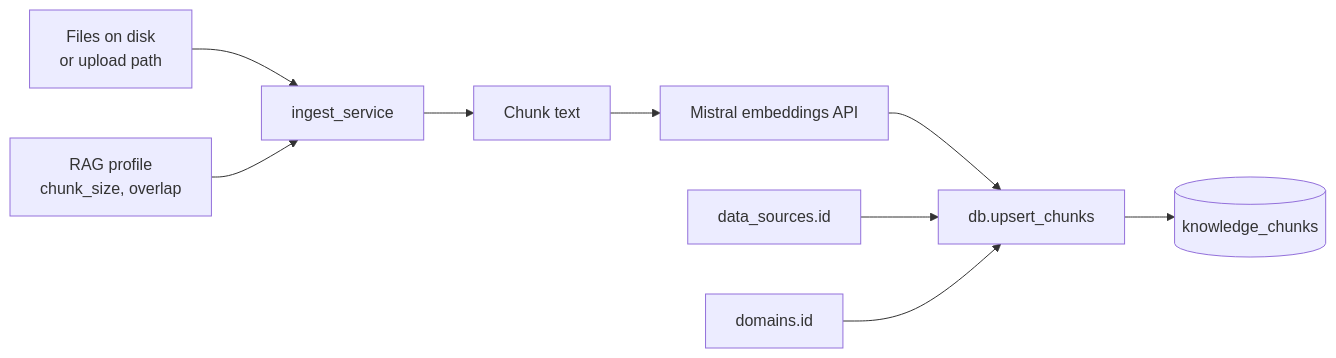
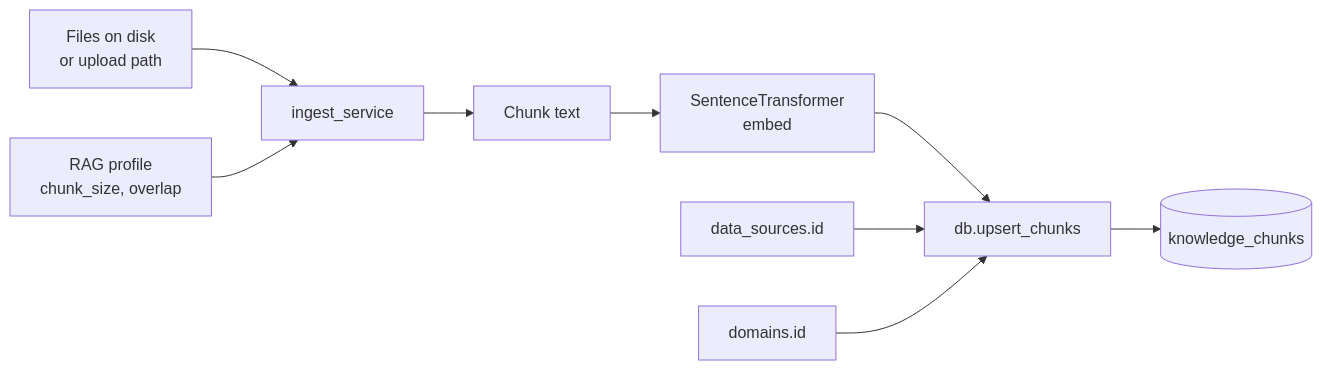
The fourth of 4 diagrams in docs/architecture.md (siva18k/datapro_ai), drawn with Mermaid before and after one commit. The commit also changed other lines of this file and 58 other files, not shown here.

````diff
--- a/docs/architecture.md
+++ b/docs/architecture.md
@@ -204,11 +204,11 @@
 ```mermaid
 flowchart LR
     F[Files on disk<br/>or upload path] --> I[ingest_service]
     I --> C[Chunk text]
-    C --> M[Mistral embeddings API]
+    C --> M[SentenceTransformer<br/>embed]
     M --> U[db.upsert_chunks]
     U --> PG[(knowledge_chunks)]
     RP[RAG profile<br/>chunk_size, overlap] --> I
     DS[data_sources.id] --> U
     DOM[domains.id] --> U
 ```
````
